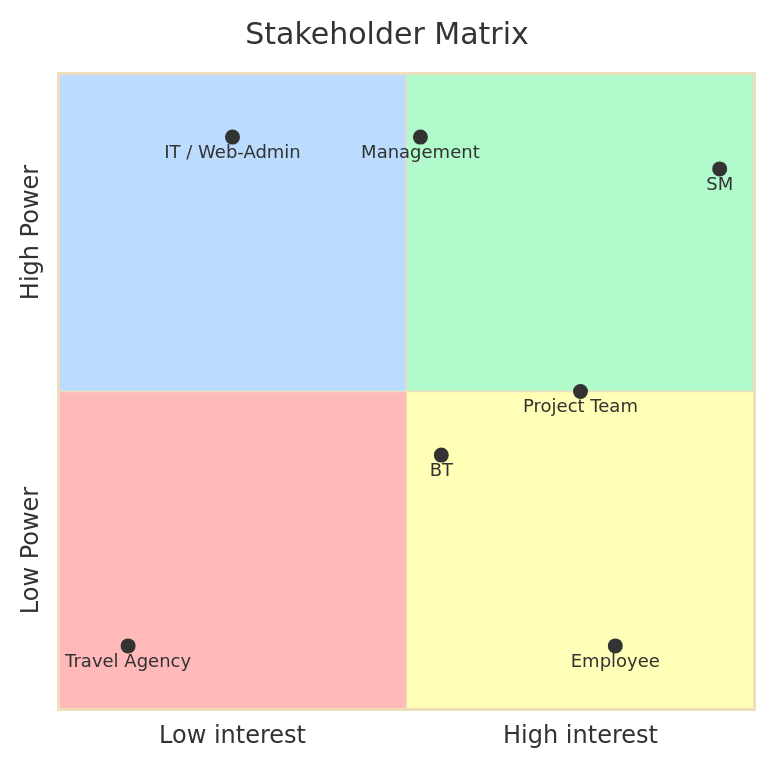
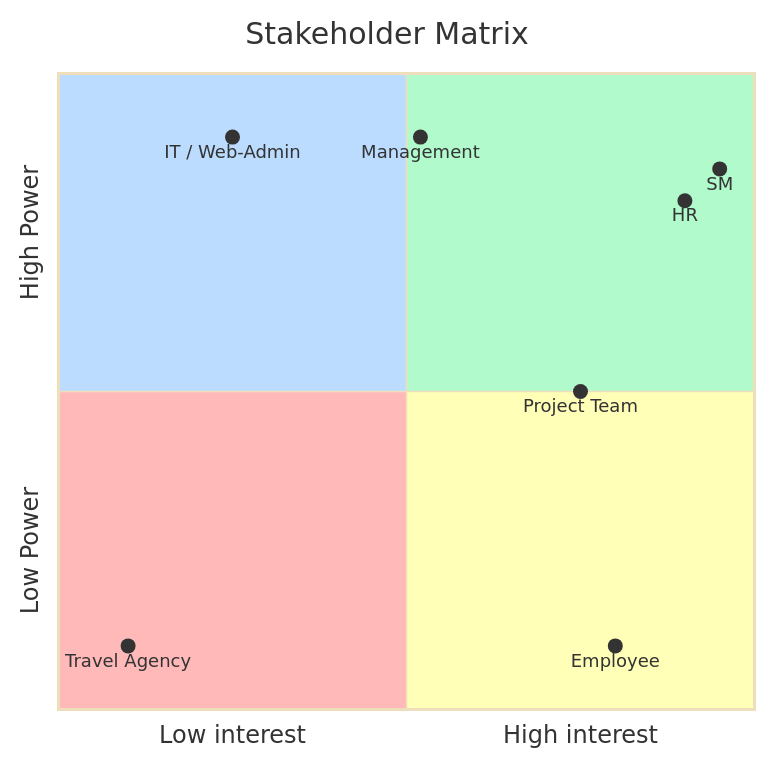
The first of 2 diagrams in docs/project_charta.qmd (podsv-fs26-ad24/ad24-10-fancyproject), drawn with Mermaid before and after one commit. The commit also changed other lines of this file, not shown here.

First line of the commit message:
update charta

````diff
--- a/docs/project_charta.qmd
+++ b/docs/project_charta.qmd
@@ -66,16 +67,16 @@
 ```{mermaid}
 %%{init: {"theme": "base", "themeVariables": {"quadrant1Fill": "#b1facc", "quadrant2Fill": "#bbdcff", "quadrant3Fill": "#ffb9b9" , "quadrant4Fill": "#ffffb7"}}}%%
 quadrantChart
     title Stakeholder Matrix
     x-axis "Low interest" --> "High interest"
     y-axis "Low Power" --> "High Power"
 
     "SM": [0.95, 0.85]
     "Management": [0.52, 0.90]
     "Project Team": [0.75, 0.50]
     "IT / Web-Admin": [0.25, 0.90]
     "Employee": [0.80, 0.10]
     "Travel Agency": [0.10, 0.10]
-    "BT": [0.55, 0.4]
+    "HR": [0.90, 0.80]
 
 ```
````
